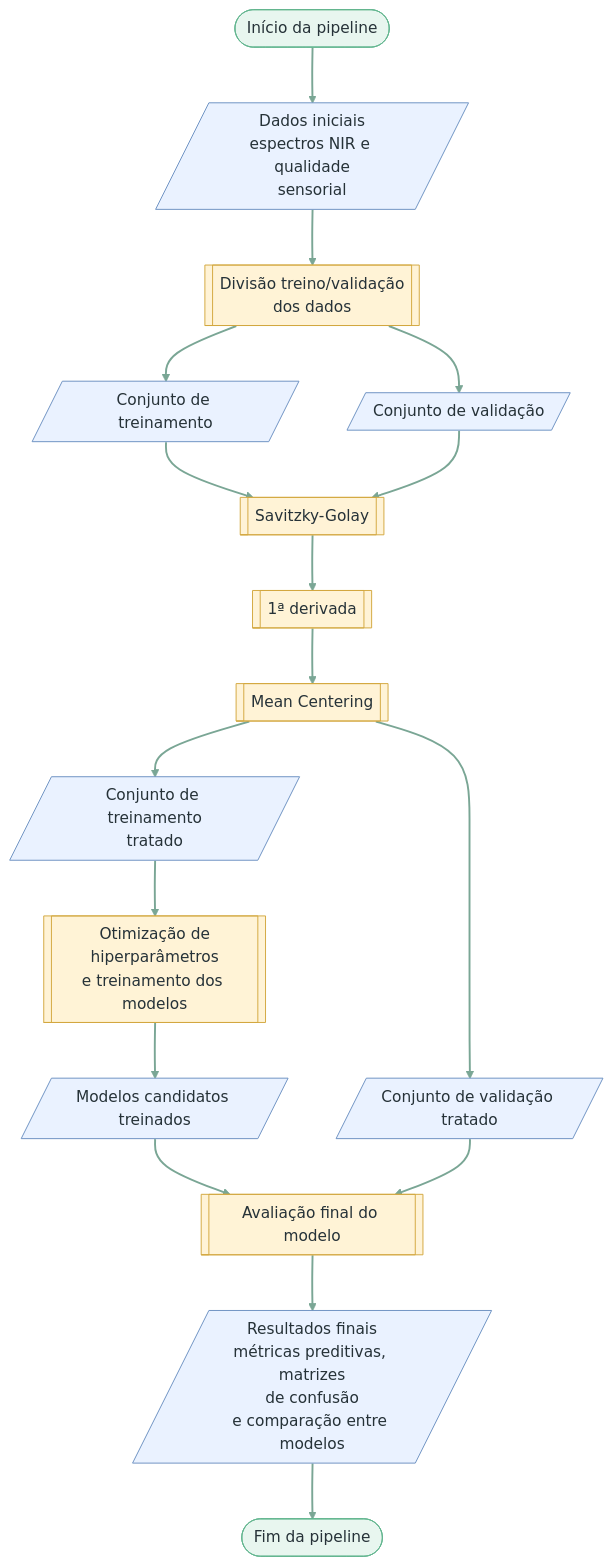
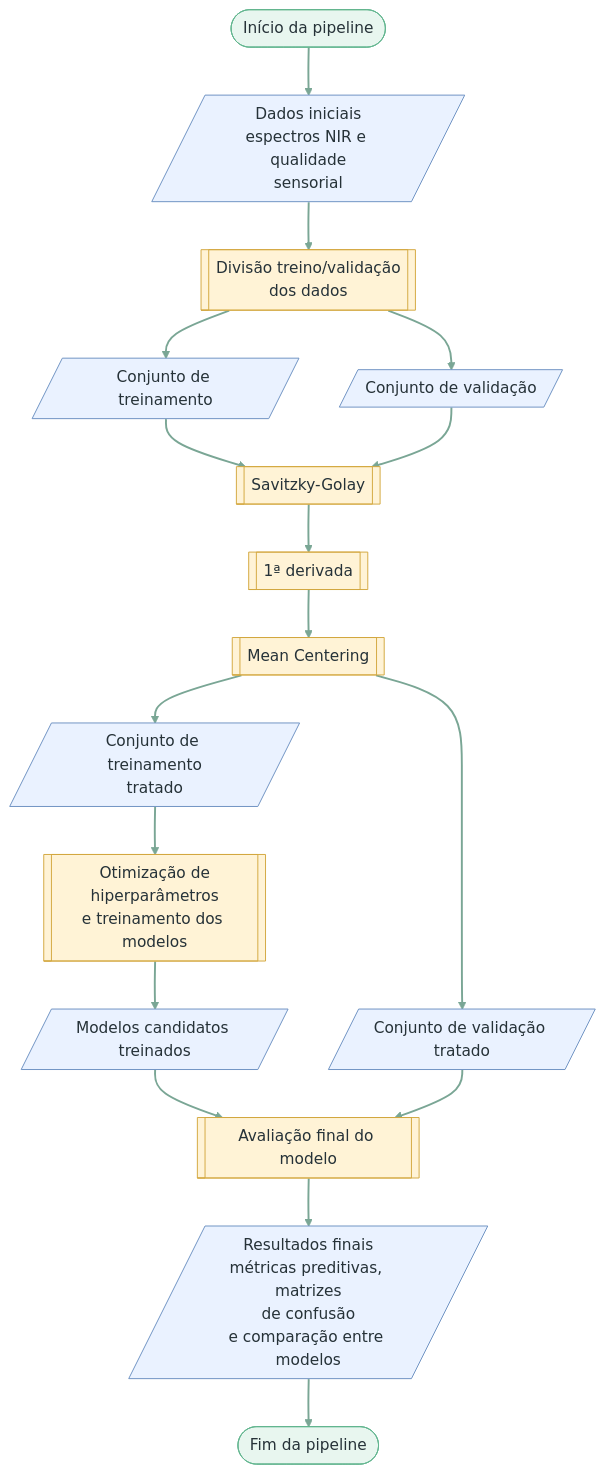
One commit to A-malta/coffee-nir-quality changed the diagram in docs/00_pipeline_geral.md. Above: the diagram before and after it, drawn with Mermaid. The commit also changed 4 other files, not shown here.

Commit message:
docs: embed figures and compact flowcharts

````diff
--- a/docs/00_pipeline_geral.md
+++ b/docs/00_pipeline_geral.md
@@ -1,43 +1,43 @@
 ```mermaid
 ---
 config:
   theme: neutral
   look: classic
   flowchart:
     curve: basis
-    nodeSpacing: 50
-    rankSpacing: 58
+    nodeSpacing: 42
+    rankSpacing: 50
 ---
 flowchart TD
     A([Início da pipeline]) --> B[/Dados iniciais<br/>espectros NIR e qualidade<br/>sensorial/]
     B --> C[[Divisão treino/validação<br/>dos dados]]
 
     C --> D[/Conjunto de treinamento/]
     C --> E[/Conjunto de validação/]
 
     D --> F[[Savitzky-Golay]]
     E --> F
     F --> G[[1ª derivada]]
     G --> H[[Mean Centering]]
 
     H --> I[/Conjunto de treinamento<br/>tratado/]
     H --> J[/Conjunto de validação tratado/]
 
     I --> K[[Otimização de<br/>hiperparâmetros<br/>e treinamento dos modelos]]
     K --> L[/Modelos candidatos treinados/]
 
     L --> M[[Avaliação final do modelo]]
     J --> M
     M --> N[/Resultados finais<br/>métricas preditivas, matrizes<br/>de confusão<br/>e comparação entre modelos/]
     N --> O([Fim da pipeline])
 
     classDef terminador fill:#E8F6EF,stroke:#62B58F,color:#263238
     classDef dados fill:#EAF2FF,stroke:#6C91C2,color:#263238
     classDef processo fill:#FFF3D6,stroke:#D4A83F,color:#263238
 
     class A,O terminador
     class B,D,E,I,J,L,N dados
     class C,F,G,H,K,M processo
 
     linkStyle default stroke:#7AA695,stroke-width:2px
 ```
````
